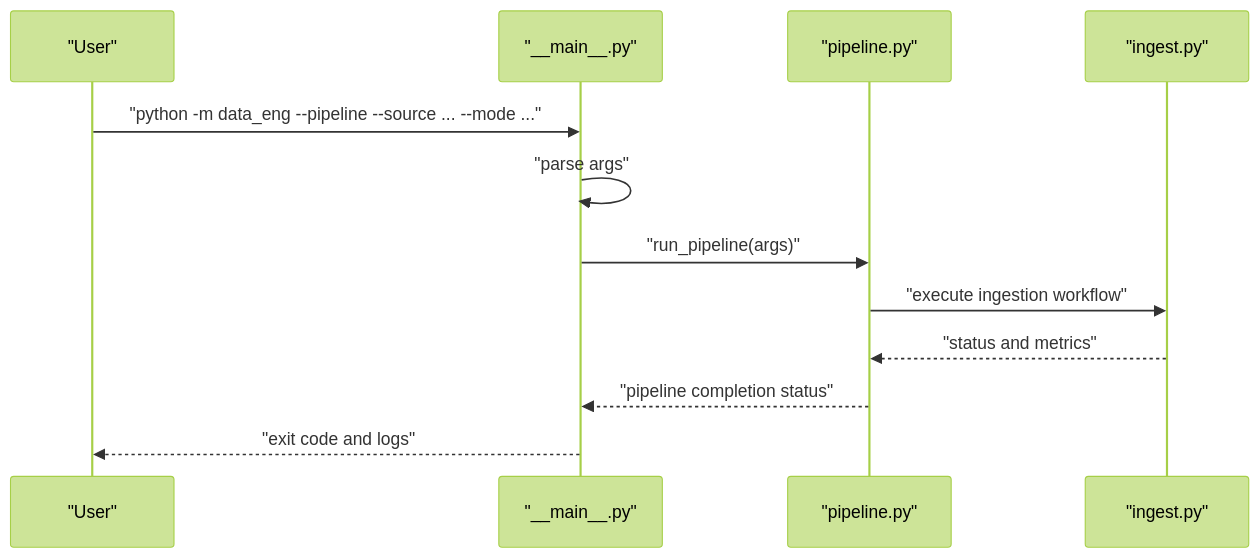
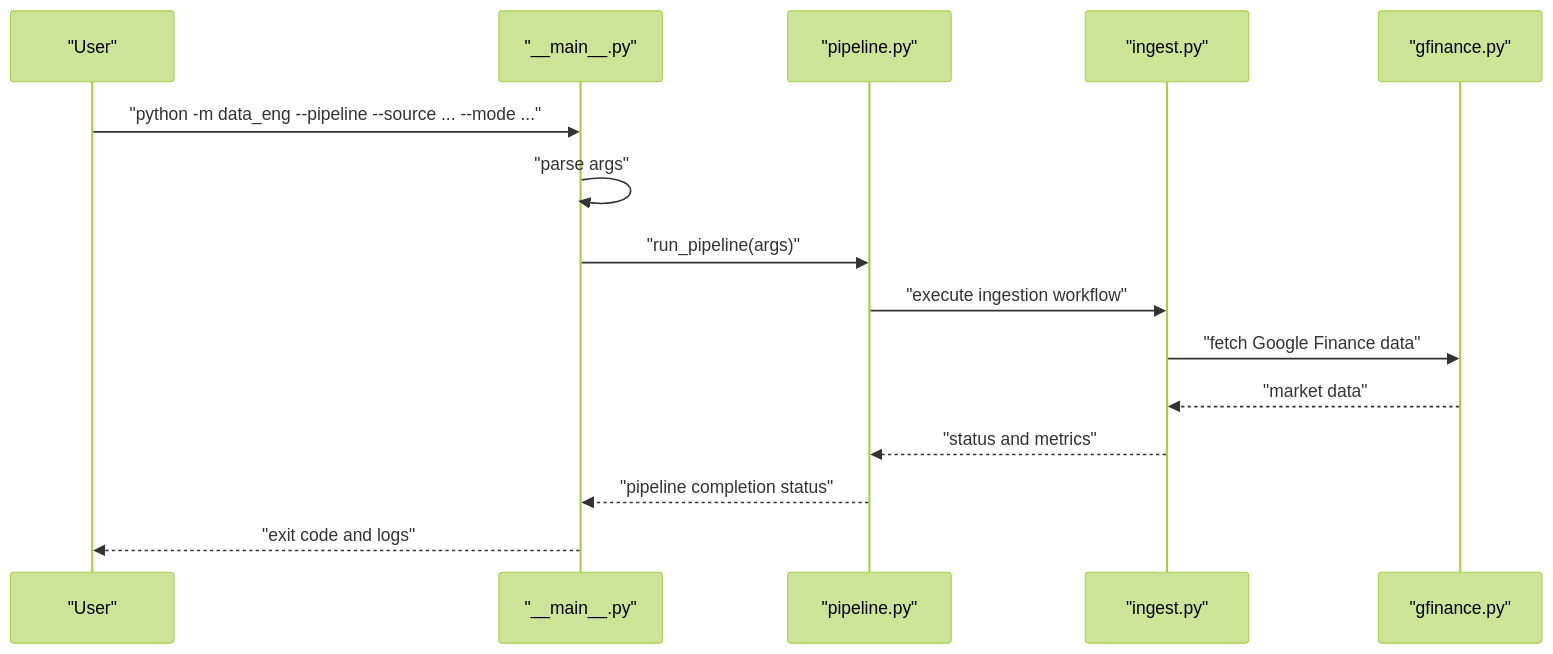
The eighth of 11 diagrams in .qoder/repowiki/en/content/Core Components/Data Engineering Module/Data Engineering Module.md (ZengSeng/telegram-bot), drawn with Mermaid (forest theme) before and after one commit. The commit also changed other lines of this file and 8 other files, not shown here.

````diff
--- a/.qoder/repowiki/en/content/Core Components/Data Engineering Module/Data Engineering Module.md
+++ b/.qoder/repowiki/en/content/Core Components/Data Engineering Module/Data Engineering Module.md
@@ -273,14 +374,17 @@
 ```mermaid
 sequenceDiagram
 participant User as "User"
 participant Main as "__main__.py"
 participant Pipeline as "pipeline.py"
 participant Ingest as "ingest.py"
+participant GF as "gfinance.py"
 User->>Main : "python -m data_eng --pipeline --source ... --mode ..."
 Main->>Main : "parse args"
 Main->>Pipeline : "run_pipeline(args)"
 Pipeline->>Ingest : "execute ingestion workflow"
+Ingest->>GF : "fetch Google Finance data"
+GF-->>Ingest : "market data"
 Ingest-->>Pipeline : "status and metrics"
 Pipeline-->>Main : "pipeline completion status"
 Main-->>User : "exit code and logs"
 ```
````
